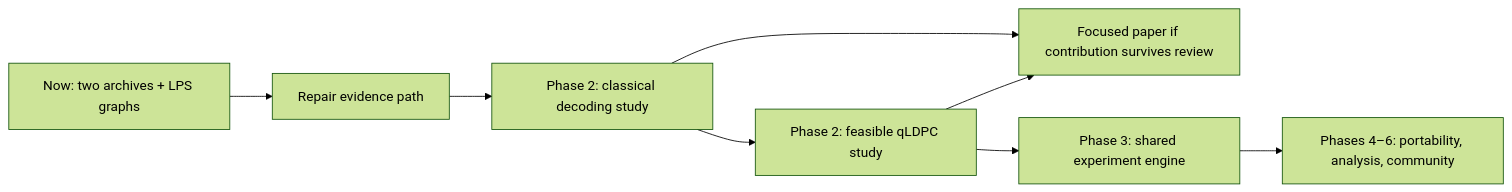
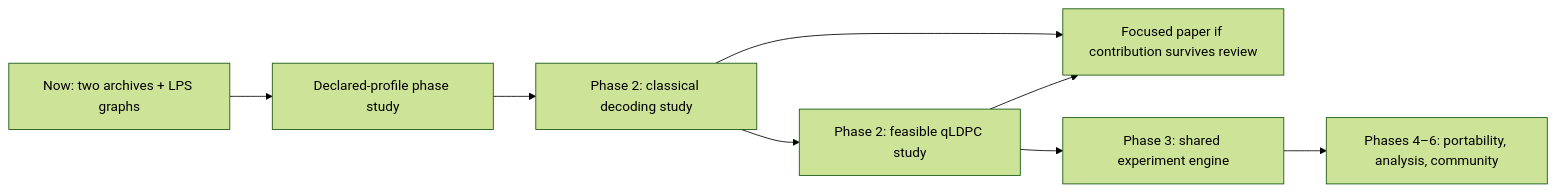
One commit to iarjunganesh/q1729 changed the diagram in docs/roadmap.md. Above: the diagram before and after it, drawn with Mermaid (forest theme). The commit also changed other lines of this file and 20 other files, not shown here.

````diff
--- a/docs/roadmap.md
+++ b/docs/roadmap.md
@@ -52,10 +53,10 @@
 ```mermaid
 flowchart LR
-    A[Now: two archives + LPS graphs] --> B[Repair evidence path]
+    A[Now: two archives + LPS graphs] --> B[Declared-profile phase study]
     B --> C[Phase 2: classical decoding study]
     C --> D[Phase 2: feasible qLDPC study]
     C --> P[Focused paper if contribution survives review]
     D --> P
     D --> E[Phase 3: shared experiment engine]
     E --> F[Phases 4–6: portability, analysis, community]
 ```
````
